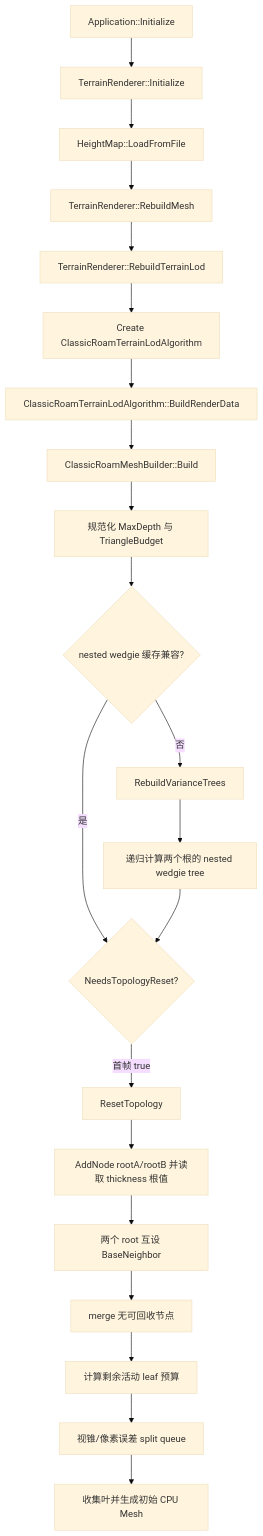
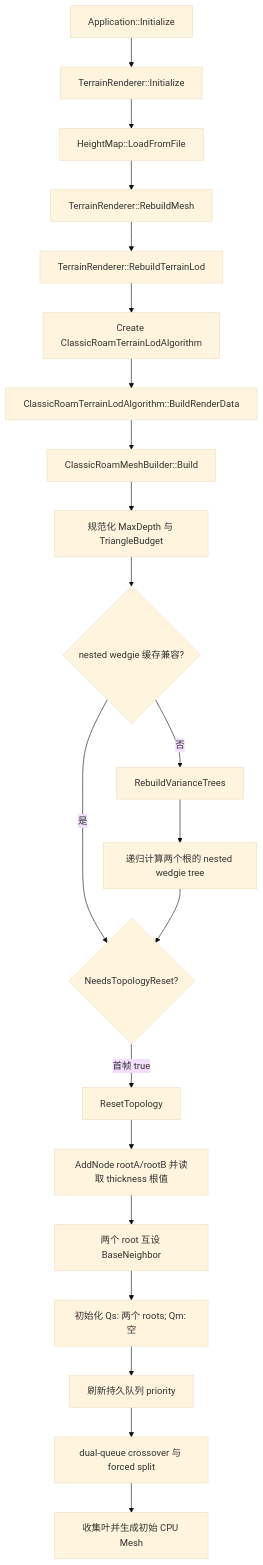
One commit to mcaswen/RoamTesting changed the second of 3 diagrams in docs/source_analysis/classic_roam_context.md. Above: the diagram before and after it, drawn with Mermaid (base theme). The commit also changed other lines of this file and 23 other files, not shown here.

````diff
--- a/docs/source_analysis/classic_roam_context.md
+++ b/docs/source_analysis/classic_roam_context.md
@@ -145,23 +145,23 @@
 ```mermaid
 flowchart TD
     A[Application::Initialize] --> B[TerrainRenderer::Initialize]
     B --> C[HeightMap::LoadFromFile]
     C --> D[TerrainRenderer::RebuildMesh]
     D --> E[TerrainRenderer::RebuildTerrainLod]
     E --> F[Create ClassicRoamTerrainLodAlgorithm]
     F --> G[ClassicRoamTerrainLodAlgorithm::BuildRenderData]
     G --> H[ClassicRoamMeshBuilder::Build]
     H --> I[规范化 MaxDepth 与 TriangleBudget]
     I --> J{nested wedgie 缓存兼容?}
     J -->|否| K[RebuildVarianceTrees]
     K --> L[递归计算两个根的 nested wedgie tree]
     J -->|是| M{NeedsTopologyReset?}
     L --> M
     M -->|首帧 true| N[ResetTopology]
     N --> O[AddNode rootA/rootB 并读取 thickness 根值]
     O --> P[两个 root 互设 BaseNeighbor]
-    P --> Q[merge 无可回收节点]
-    Q --> R[计算剩余活动 leaf 预算]
-    R --> S[视锥/像素误差 split queue]
+    P --> Q[初始化 Qs: 两个 roots; Qm: 空]
+    Q --> R[刷新持久队列 priority]
+    R --> S[dual-queue crossover 与 forced split]
     S --> T[收集叶并生成初始 CPU Mesh]
 ```
````
